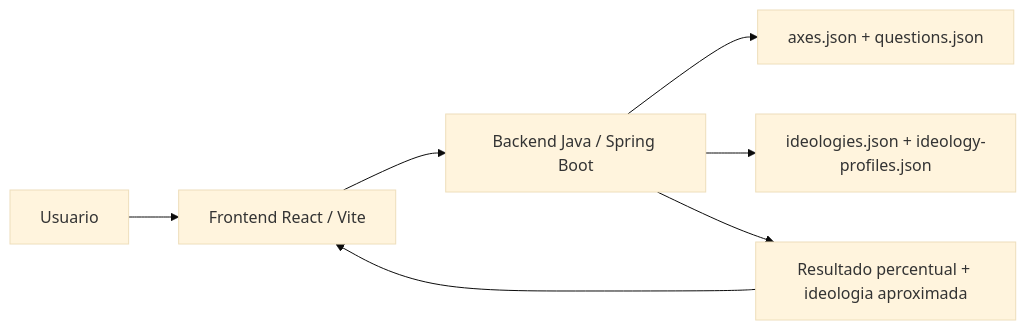
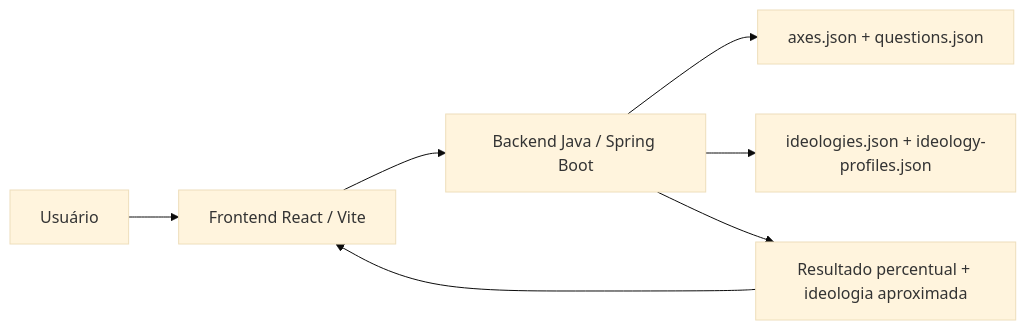
Before and after one commit to RomanCypherpunk/12axes: the diagram in README.md, drawn with Mermaid (base theme). The commit also changed other lines of this file and 9 other files, not shown here.

````diff
--- a/README.md
+++ b/README.md
@@ -103,9 +103,9 @@
 ```mermaid
 flowchart LR
-    User["Usuario"] --> React["Frontend React / Vite"]
+    User["Usuário"] --> React["Frontend React / Vite"]
     React --> API["Backend Java / Spring Boot"]
     API --> QuizData["axes.json + questions.json"]
     API --> IdeologyData["ideologies.json + ideology-profiles.json"]
     API --> Result["Resultado percentual + ideologia aproximada"]
     Result --> React
 ```
````
